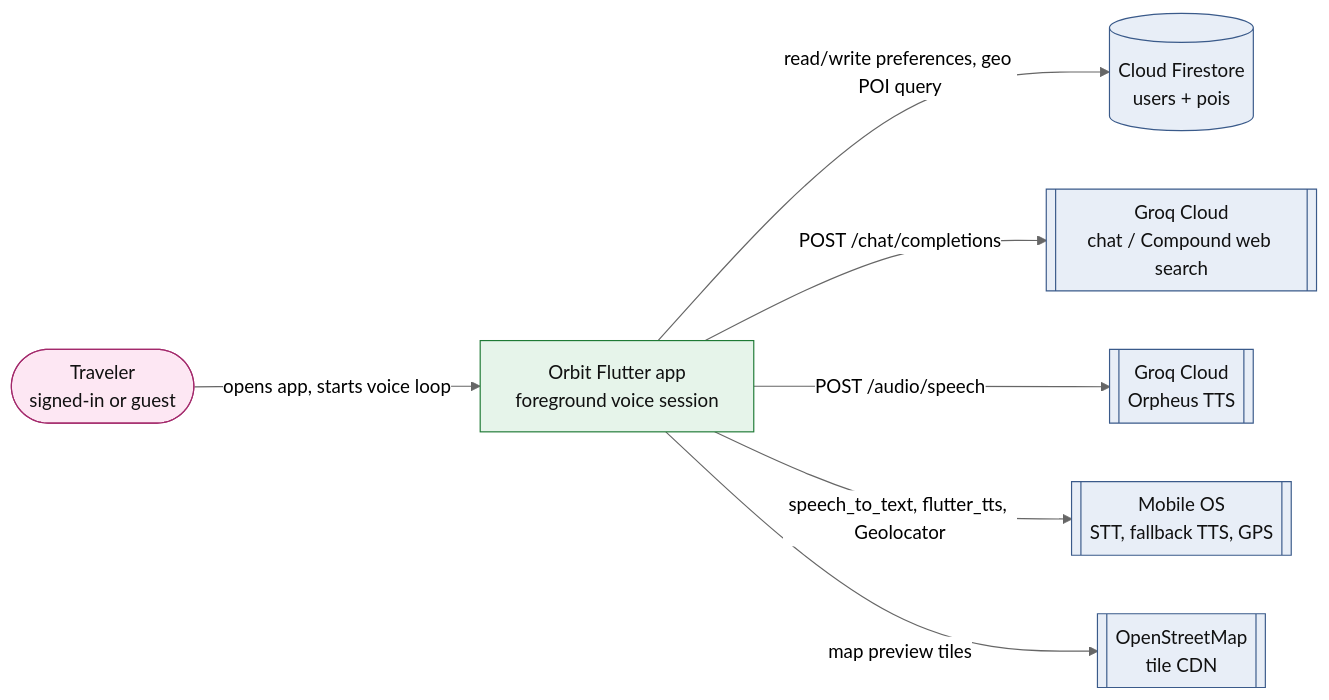
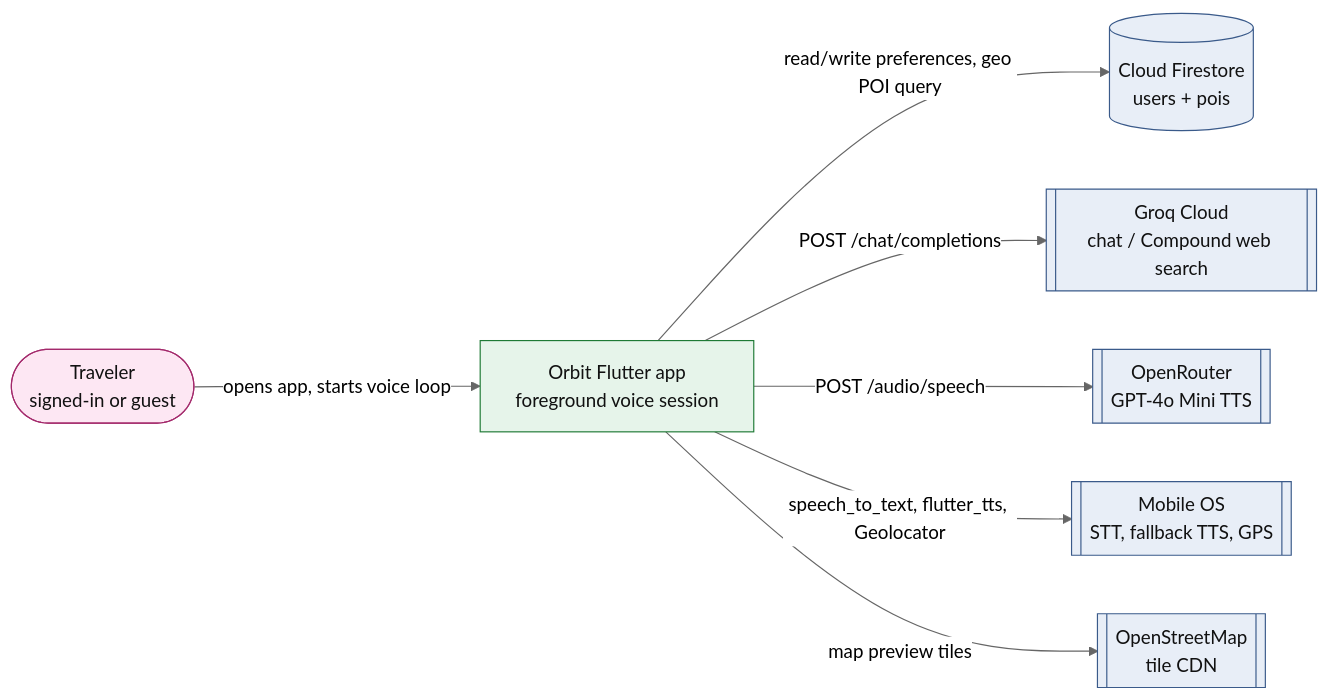
The third of 4 diagrams in docs/architecture-retrospective.md (CSEN-SCU/csen-174-s26-team-project-tripsync), drawn with Mermaid (neutral theme) before and after one commit. The commit also changed other lines of this file and 11 other files, not shown here.

Commit message:
Switch TTS to OpenRouter

````diff
--- a/docs/architecture-retrospective.md
+++ b/docs/architecture-retrospective.md
@@ -100,26 +100,26 @@
 ```mermaid
 flowchart LR
     traveler(["Traveler<br/>signed-in or guest"])
 
     orbit["Orbit Flutter app<br/>foreground voice session"]
     firestore[("Cloud Firestore<br/>users + pois")]
     groq_llm[["Groq Cloud<br/>chat / Compound web search"]]
-    groq_tts[["Groq Cloud<br/>Orpheus TTS"]]
+    openrouter_tts[["OpenRouter<br/>GPT-4o Mini TTS"]]
     os[["Mobile OS<br/>STT, fallback TTS, GPS"]]
     osm_tiles[["OpenStreetMap<br/>tile CDN"]]
 
     traveler -->|"opens app, starts voice loop"| orbit
     orbit -->|"read/write preferences, geo POI query"| firestore
     orbit -->|"POST /chat/completions"| groq_llm
-    orbit -->|"POST /audio/speech"| groq_tts
+    orbit -->|"POST /audio/speech"| openrouter_tts
     orbit -->|"speech_to_text, flutter_tts, Geolocator"| os
     orbit -->|"map preview tiles"| osm_tiles
 
     classDef ext fill:#e8eef7,stroke:#3a5a8a,color:#111
     classDef wired fill:#e6f4ea,stroke:#1f7a36,color:#111
     classDef person fill:#fde7f3,stroke:#a3296b,color:#111
 
     class traveler person
-    class firestore,groq_llm,groq_tts,os,osm_tiles ext
+    class firestore,groq_llm,openrouter_tts,os,osm_tiles ext
     class orbit wired
 ```
````
